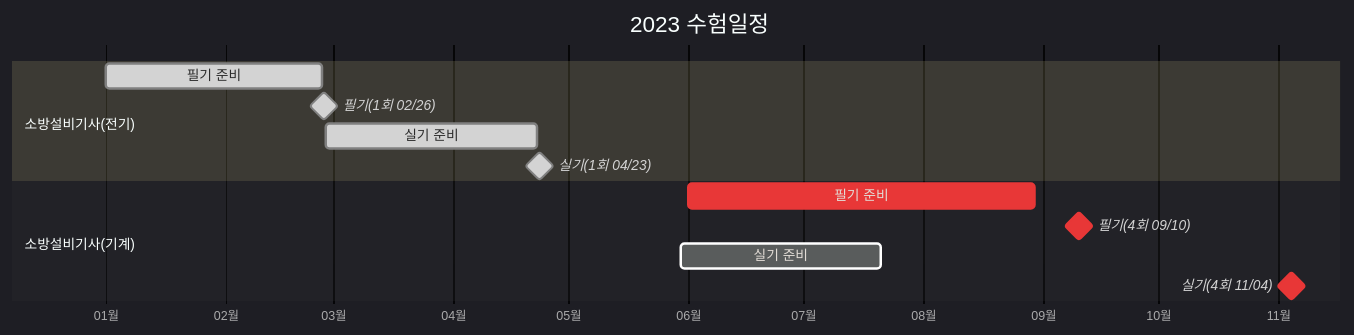
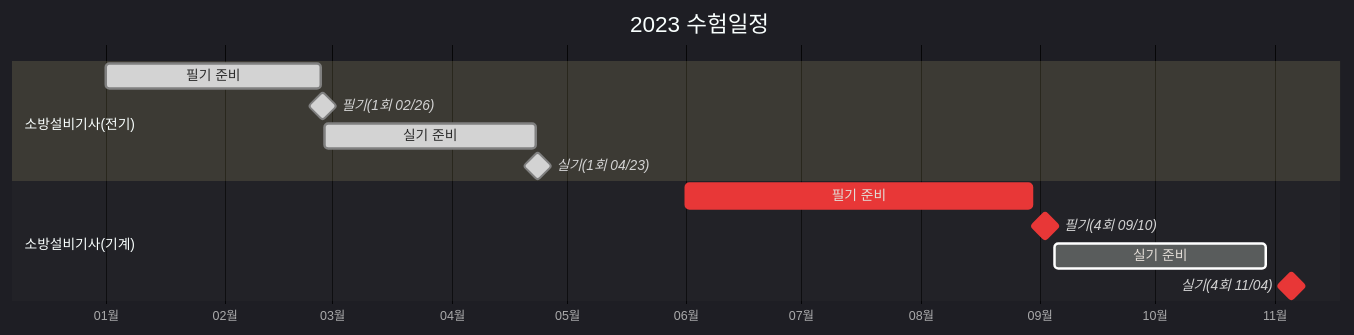
The diagram in _pages/category-소방설비.md (Kim-MenBoong/Kim-MenBoong.github.io), drawn with Mermaid before and after one commit.

Commit message:
Update category-소방설비.md
수험일정 업데이트

```diff
--- a/_pages/category-소방설비.md
+++ b/_pages/category-소방설비.md
@@ -8,21 +8,21 @@
 <div class="mermaid"> 
 %%{init: {'theme':'dark'}}%%
 gantt
   title 2023 수험일정  
   dateFormat  YYYY-MM-DD
   axisFormat %m월
   tickInterval 1month
 
   section 소방설비기사(전기)
   필기 준비       :done,             FE_Cbt_Study, 2023-01-01, 56d
   필기(1회 02/26)  :milestone, done,  FE_Cbt_Test, 2023-02-26, 1d
   실기 준비       :done,             FE_Write_Study, after FE_Cbt_Test, 55d
   실기(1회 04/23)  :milestone, done,  FE_Write_Test, 2023-04-23, 1d
 
   Section 소방설비기사(기계)
   필기 준비       :crit,             FM_Cbt_Study, 2023-06-01, 90d
-  필기(4회 09/10)  :milestone, crit,  FM_Cbt_Test, 2023-09-10, 1d
-  실기 준비       :                  FM_Write_Study, 2023-05-30, 52d
-  실기(4회 11/04)  :milestone, crit,       FM_Write_Test, 2023-11-04, 1d
+  필기(4회 09/10)  :milestone, crit,  FM_Cbt_Test, 2023-09-02, 1d
+  실기 준비       :                  FM_Write_Study, 2023-09-05, 55d
+  실기(4회 11/04)  :milestone, crit,       FM_Write_Test, 2023-11-05, 1d
   
 </div>
```
